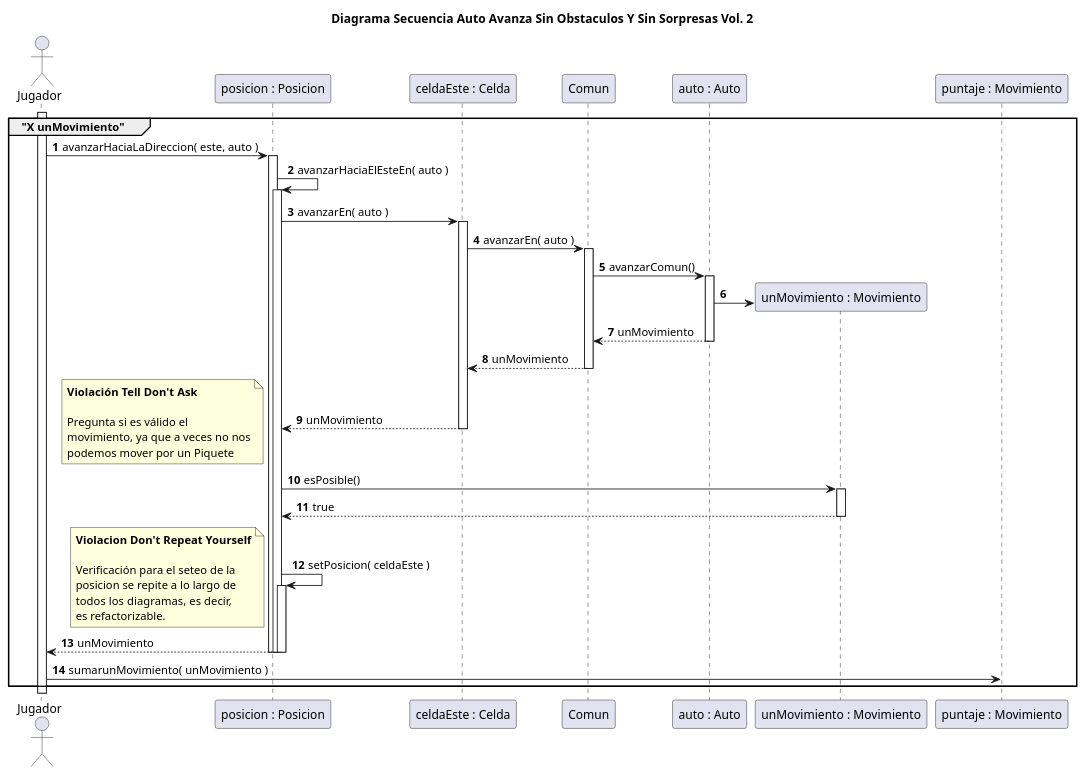
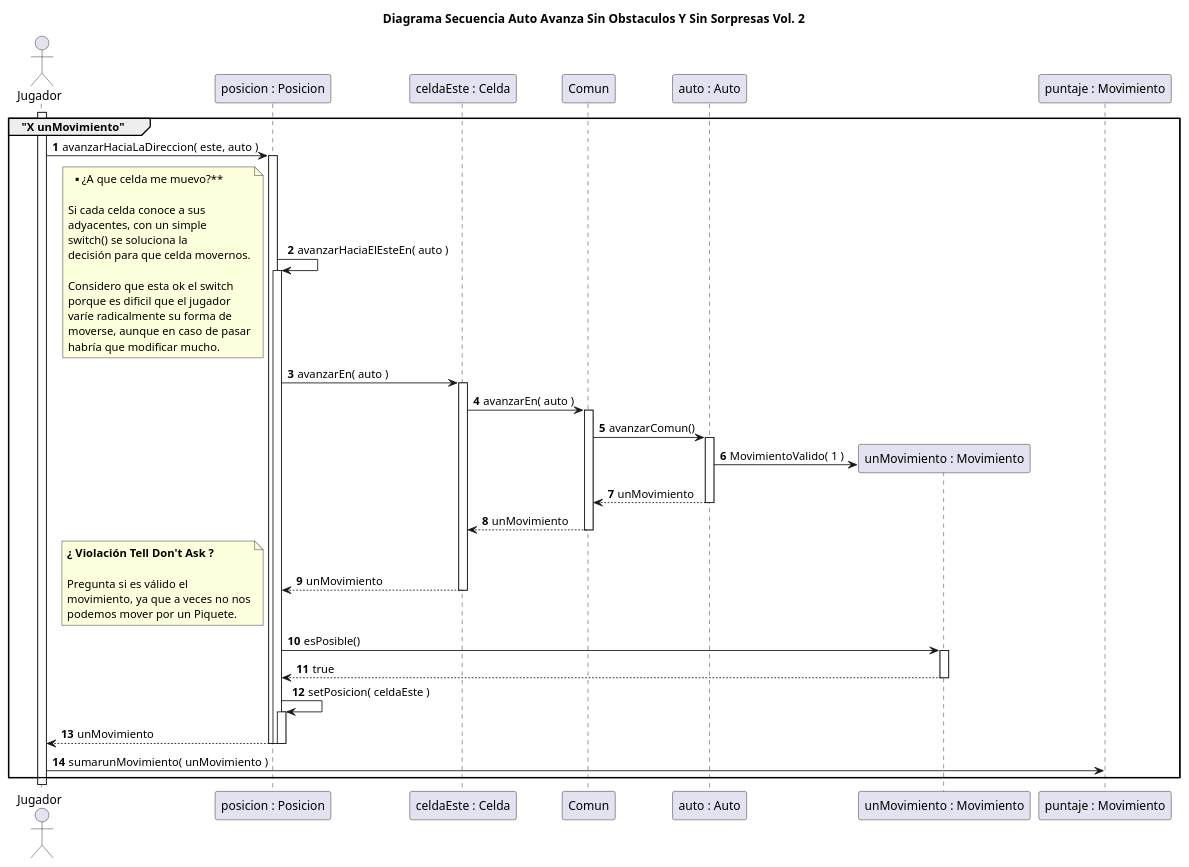
One commit to rodrigovzq/algo3_tp2 changed the diagram in diagrams/borradores/DiagramaSequenciaCasoSinObstaculosSinSorpresas_v2.puml. Above: the diagram before and after it, drawn with PlantUML. The commit also changed 6 other files, not shown here.

Commit message:
Actualizacion de los diagramas

```diff
--- a/diagrams/borradores/DiagramaSequenciaCasoSinObstaculosSinSorpresas_v2.puml
+++ b/diagrams/borradores/DiagramaSequenciaCasoSinObstaculosSinSorpresas_v2.puml
@@ -1,57 +1,63 @@
 @startuml
 title Diagrama Secuencia Auto Avanza Sin Obstaculos Y Sin Sorpresas Vol. 2
 autonumber
 actor Jugador
 
 group "X unMovimiento"
 activate Jugador
 
 Jugador -> "posicion : Posicion"++: avanzarHaciaLaDireccion( este, auto )
 
 "posicion : Posicion" -> "posicion : Posicion"++: avanzarHaciaElEsteEn( auto )
+note left
+** ¿A que celda me muevo?**
 
+Si cada celda conoce a sus
+adyacentes, con un simple
+switch() se soluciona la
+decisión para que celda movernos.
+
+Considero que esta ok el switch
+porque es dificil que el jugador
+varíe radicalmente su forma de
+moverse, aunque en caso de pasar
+habría que modificar mucho.
+end note
 "posicion : Posicion" -> "celdaEste : Celda"++: avanzarEn( auto )
 
 "celdaEste : Celda" -> Comun++: avanzarEn( auto )
 Comun -> "auto : Auto"++: avanzarComun()
 create "unMovimiento : Movimiento"
-"auto : Auto" -> "unMovimiento : Movimiento"
+"auto : Auto" -> "unMovimiento : Movimiento": MovimientoValido( 1 )
 "auto : Auto" --> Comun: unMovimiento
 deactivate "auto : Auto"
 Comun --> "celdaEste : Celda": unMovimiento
 deactivate Comun
 "celdaEste : Celda" --> "posicion : Posicion": unMovimiento
 deactivate "celdaEste : Celda"
 
 note left
-**Violación Tell Don't Ask**
+**¿ Violación Tell Don't Ask ?**
 
 Pregunta si es válido el
 movimiento, ya que a veces no nos
-podemos mover por un Piquete
+podemos mover por un Piquete.
 end note
 
 
 "unMovimiento : Movimiento" <- "posicion : Posicion"++: esPosible()
 "unMovimiento : Movimiento" --> "posicion : Posicion": true
 deactivate "unMovimiento : Movimiento"
 "posicion : Posicion" -> "posicion : Posicion"++: setPosicion( celdaEste )
 
-note left
-**Violacion Don't Repeat Yourself**
 
-Verificación para el seteo de la
-posicion se repite a lo largo de
-todos los diagramas, es decir,
-es refactorizable.
-end note
 
 
 "posicion : Posicion" --> Jugador--: unMovimiento
 deactivate "posicion : Posicion"
 deactivate "posicion : Posicion"
 
 Jugador -> "puntaje : Movimiento": sumarunMovimiento( unMovimiento )
 end
 
 @enduml
```
